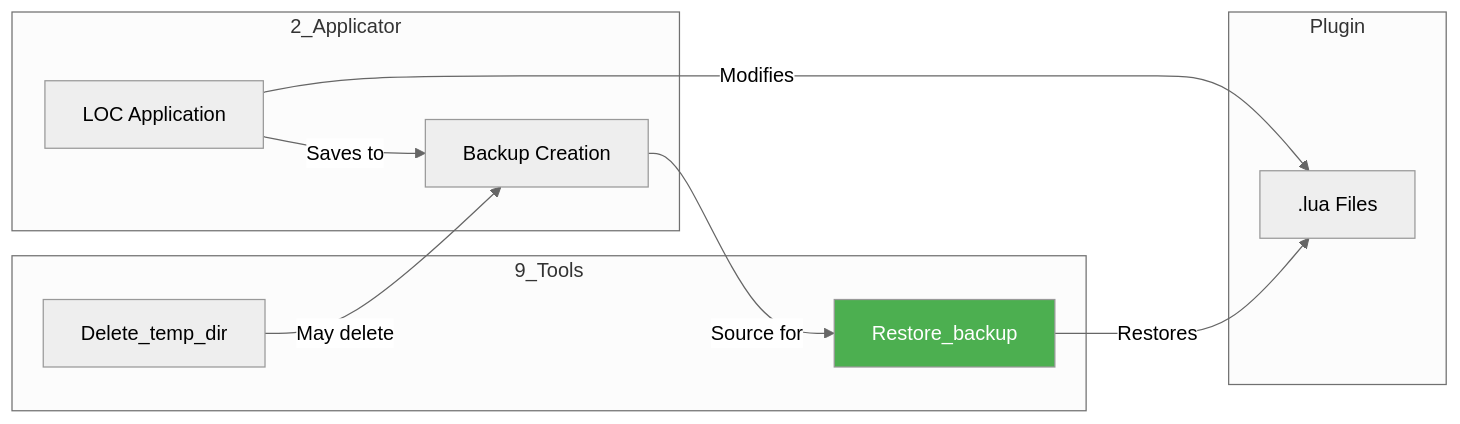
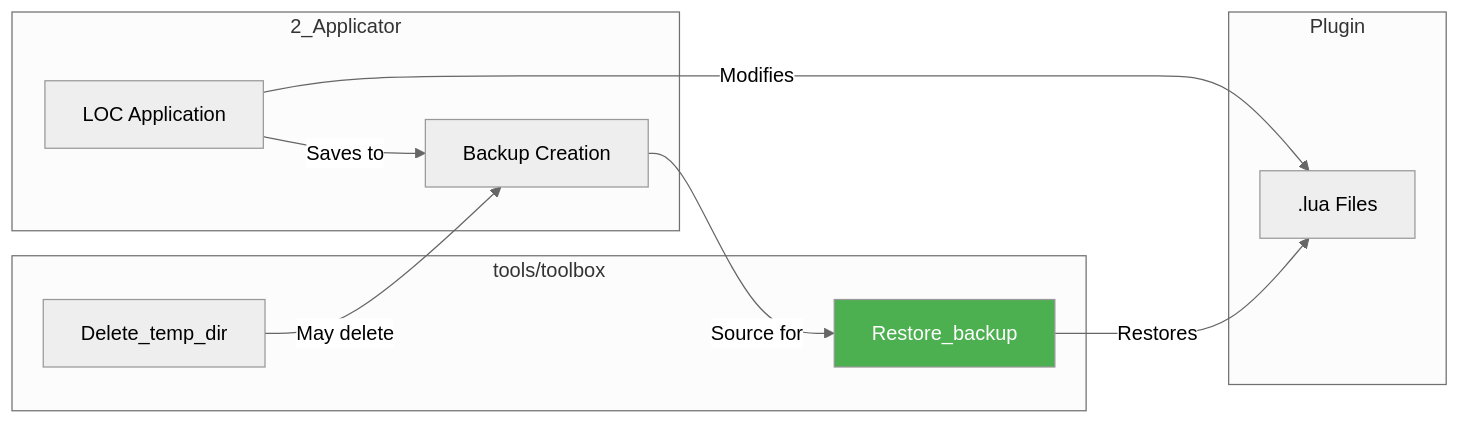
Before and after one commit to Gotcha26/Adobe_Lightroom_Translation_Plugins_Kit: the sixth of 6 diagrams in tools/toolbox/__doc__/en/tools/RESTORE_BACKUP.md, drawn with Mermaid (neutral theme). The commit also changed other lines of this file and 28 other files, not shown here.

````diff
--- a/tools/toolbox/__doc__/en/tools/RESTORE_BACKUP.md
+++ b/tools/toolbox/__doc__/en/tools/RESTORE_BACKUP.md
@@ -287,24 +287,24 @@
 ```mermaid
 flowchart LR
     subgraph Applicator["2_Applicator"]
         A["LOC Application"]
         B["Backup Creation"]
     end
 
-    subgraph Tools["9_Tools"]
+    subgraph Tools["tools/toolbox"]
         C["Restore_backup"]
         D["Delete_temp_dir"]
     end
 
     subgraph Plugin["Plugin"]
         E[".lua Files"]
     end
 
     A -->|"Modifies"| E
     A -->|"Saves to"| B
     B -->|"Source for"| C
     C -->|"Restores"| E
     D -->|"May delete"| B
 
     style C fill:#4CAF50,color:#fff
 ```
````
